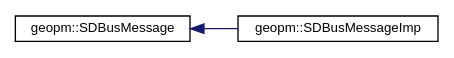
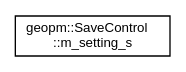
One commit to geopm/geopm.github.io changed the diagram in geopm-service-dox/inherit_graph_27.dot. Above: the diagram before and after it, drawn with Graphviz. The commit also changed 1083 other files, not shown here.

```diff
--- a/geopm-service-dox/inherit_graph_27.dot
+++ b/geopm-service-dox/inherit_graph_27.dot
@@ -1,10 +1,8 @@
 digraph "Graphical Class Hierarchy"
 {
  // LATEX_PDF_SIZE
   edge [fontname="Helvetica",fontsize="10",labelfontname="Helvetica",labelfontsize="10"];
   node [fontname="Helvetica",fontsize="10",shape=record];
   rankdir="LR";
-  Node0 [label="geopm::SDBusMessage",height=0.2,width=0.4,color="black", fillcolor="white", style="filled",URL="$classgeopm_1_1_s_d_bus_message.html",tooltip="Abstraction around sd_bus interfaces that read from or append to sd_bus_message types."];
-  Node0 -> Node1 [dir="back",color="midnightblue",fontsize="10",style="solid",fontname="Helvetica"];
-  Node1 [label="geopm::SDBusMessageImp",height=0.2,width=0.4,color="black", fillcolor="white", style="filled",URL="$classgeopm_1_1_s_d_bus_message_imp.html",tooltip=" "];
+  Node0 [label="geopm::SaveControl\l::m_setting_s",height=0.2,width=0.4,color="black", fillcolor="white", style="filled",URL="$structgeopm_1_1_save_control_1_1m__setting__s.html",tooltip="Structure that holds the parameters passed to the IOGroup::write_control() method."];
 }
```
